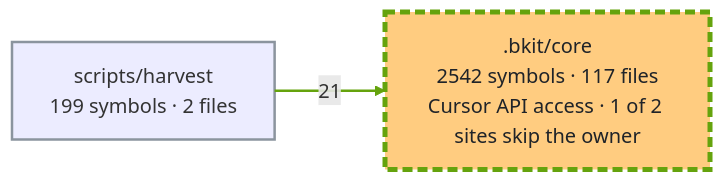
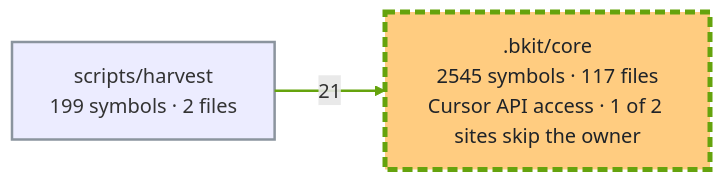
The second of 3 diagrams in docs/capabilities.md (cbartens/bkit), drawn with Mermaid before and after one commit. The commit also changed other lines of this file, not shown here.

Commit message:
docs: refresh capabilities graph

````diff
--- a/docs/capabilities.md
+++ b/docs/capabilities.md
@@ -169,16 +169,16 @@
 ```mermaid
 ---
 config:
   layout: elk
   flowchart:
     useMaxWidth: false
 ---
 flowchart LR
-  %% Generated by bkit-graphify-rollup.py from fd87181467376b8f9dc851e6564c1b63850851f4 — do not edit
-  n_bkit_core[".bkit/core<br/>2542 symbols · 117 files<br/>Cursor API access · 1 of 2 sites skip the owner"]
+  %% Generated by bkit-graphify-rollup.py from 5ad0014e7ef77a202572a06cdd4b27f54ea26fe3 — do not edit
+  n_bkit_core[".bkit/core<br/>2545 symbols · 117 files<br/>Cursor API access · 1 of 2 sites skip the owner"]
   nscripts_harvest["scripts/harvest<br/>199 symbols · 2 files"]
   nscripts_harvest -->|21| n_bkit_core
   style n_bkit_core stroke:#65a30d,stroke-width:4px,stroke-dasharray:8 4,fill:#ffcc80,color:#1f2328
   style nscripts_harvest stroke:#8b949e,stroke-width:2px
   linkStyle 0 stroke:#65a30d,stroke-width:2px
 ```
````
